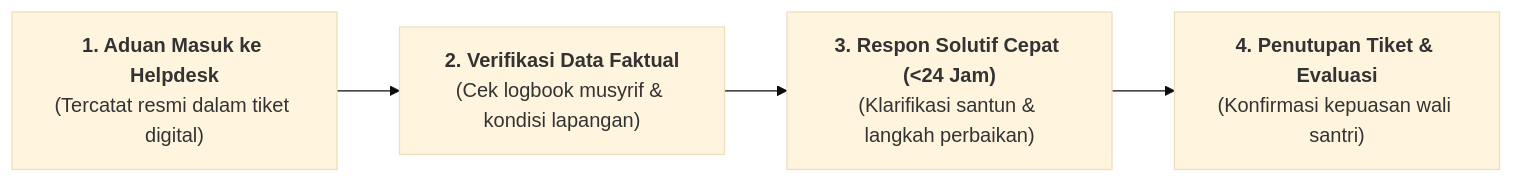
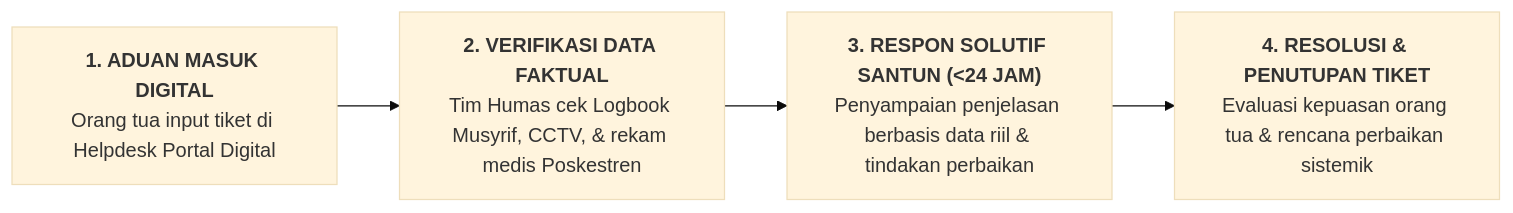
The diagram in BOOK Series 2/Volume-05-Manual-Operasional-SOP-24Jam-dan-Tata-Kelola/Bab-06-Tata-Kelola-Komunikasi-Wali-Santri/03-Kanal-Pengaduan-dan-Tabayyun-Cepat.md (wandiapriliyandi/tumbuh), drawn with Mermaid (base theme) before and after one commit. The commit also changed other lines of this file and 61 other files, not shown here.

````diff
--- a/BOOK Series 2/Volume-05-Manual-Operasional-SOP-24Jam-dan-Tata-Kelola/Bab-06-Tata-Kelola-Komunikasi-Wali-Santri/03-Kanal-Pengaduan-dan-Tabayyun-Cepat.md
+++ b/BOOK Series 2/Volume-05-Manual-Operasional-SOP-24Jam-dan-Tata-Kelola/Bab-06-Tata-Kelola-Komunikasi-Wali-Santri/03-Kanal-Pengaduan-dan-Tabayyun-Cepat.md
@@ -11,6 +17,8 @@
 ```mermaid
 flowchart LR
-    A["<b>1. Aduan Masuk ke Helpdesk</b><br/>(Tercatat resmi dalam tiket digital)"] --> B["<b>2. Verifikasi Data Faktual</b><br/>(Cek logbook musyrif & kondisi lapangan)"]
-    B --> C["<b>3. Respon Solutif Cepat (<24 Jam)</b><br/>(Klarifikasi santun & langkah perbaikan)"]
-    C --> D["<b>4. Penutupan Tiket & Evaluasi</b><br/>(Konfirmasi kepuasan wali santri)"]
+    Aduan["<b>1. ADUAN MASUK DIGITAL</b><br/>Orang tua input tiket di Helpdesk Portal Digital"] --> Verifikasi["<b>2. VERIFIKASI DATA FAKTUAL</b><br/>Tim Humas cek Logbook Musyrif, CCTV, & rekam medis Poskestren"]
+    
+    Verifikasi --> Klarifikasi["<b>3. RESPON SOLUTIF SANTUN (<24 JAM)</b><br/>Penyampaian penjelasan berbasis data riil & tindakan perbaikan"]
+    
+    Klarifikasi --> Selesai["<b>4. RESOLUSI & PENUTUPAN TIKET</b><br/>Evaluasi kepuasan orang tua & rencana perbaikan sistemik"]
 ```
````
